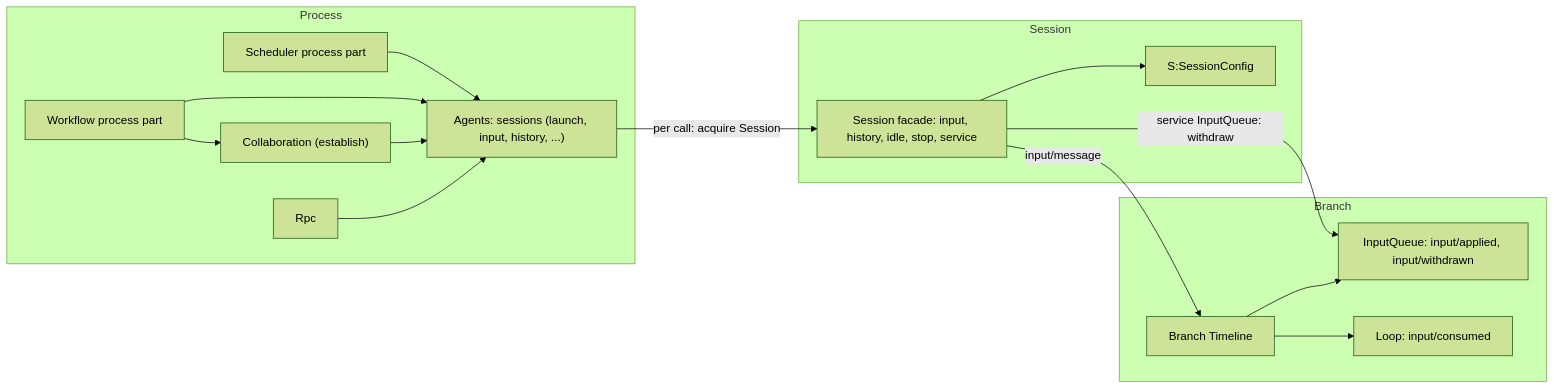
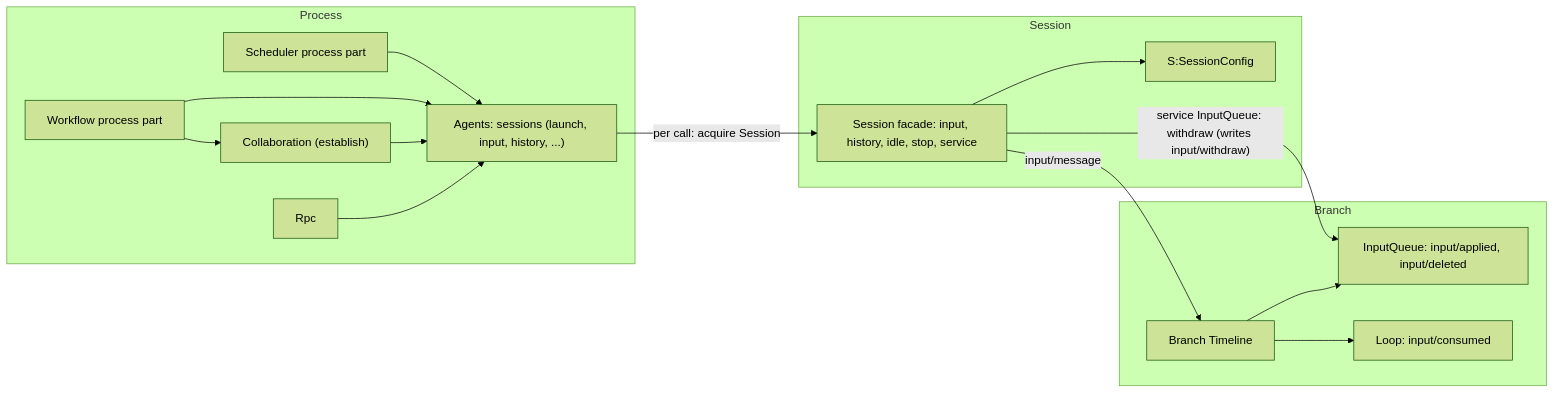
The first of 3 diagrams in docs/design/contracts/session-access.md (CoutinhoTTS/dim-agent), drawn with Mermaid (forest theme) before and after one commit. The commit also changed other lines of this file and 18 other files, not shown here.

First line of the commit message:
docs(design): hooks via asynchronous before callbacks and withdraw/delete input events

````diff
--- a/docs/design/contracts/session-access.md
+++ b/docs/design/contracts/session-access.md
@@ -20,30 +20,30 @@
 ```mermaid
 flowchart LR
   subgraph PROC["Process"]
     Agents["Agents: sessions (launch, input, history, ...)"]
     Coll["Collaboration (establish)"]
     Sched["Scheduler process part"]
     Wf["Workflow process part"]
     Rpc["Rpc"]
   end
   subgraph SESS["Session"]
     SC["S:SessionConfig"]
     Fac["Session facade: input, history, idle, stop, service"]
   end
   subgraph BR["Branch"]
-    IQ["InputQueue: input/applied, input/withdrawn"]
+    IQ["InputQueue: input/applied, input/deleted"]
     LP["Loop: input/consumed"]
     TL["Branch Timeline"]
   end
   Sched --> Agents
   Wf --> Agents
   Wf --> Coll
   Coll --> Agents
   Rpc --> Agents
   Agents -->|"per call: acquire Session"| Fac
   Fac --> SC
   Fac -->|"input/message"| TL
-  Fac -->|"service InputQueue: withdraw"| IQ
+  Fac -->|"service InputQueue: withdraw (writes input/withdraw)"| IQ
   TL --> IQ
   TL --> LP
 ```
````
